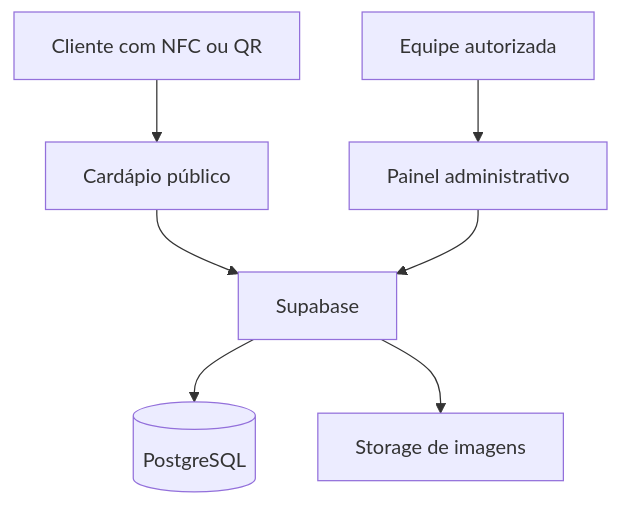
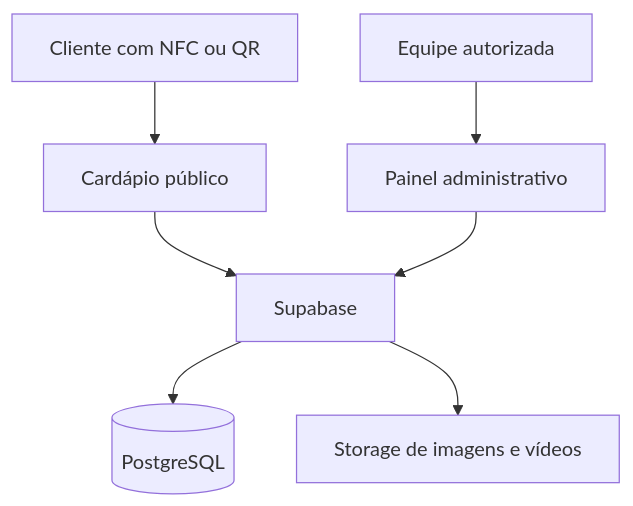
Before and after one commit to ManuelFernandoCunhaRodrigues/cardapio-nfc: the diagram in Salgae_Lanchonete_Obsidian/02-Tecnologia/06-Arquitetura-e-Stack.md, drawn with Mermaid. The commit also changed other lines of this file and 13 other files, not shown here.

````diff
--- a/Salgae_Lanchonete_Obsidian/02-Tecnologia/06-Arquitetura-e-Stack.md
+++ b/Salgae_Lanchonete_Obsidian/02-Tecnologia/06-Arquitetura-e-Stack.md
@@ -15,9 +15,9 @@
 ```mermaid
 flowchart TD
   Cliente[Cliente com NFC ou QR] --> Publico[Cardápio público]
   Equipe[Equipe autorizada] --> Painel[Painel administrativo]
   Publico --> Supabase[Supabase]
   Painel --> Supabase
   Supabase --> Banco[(PostgreSQL)]
-  Supabase --> Storage[Storage de imagens]
+  Supabase --> Storage[Storage de imagens e vídeos]
 ```
````
